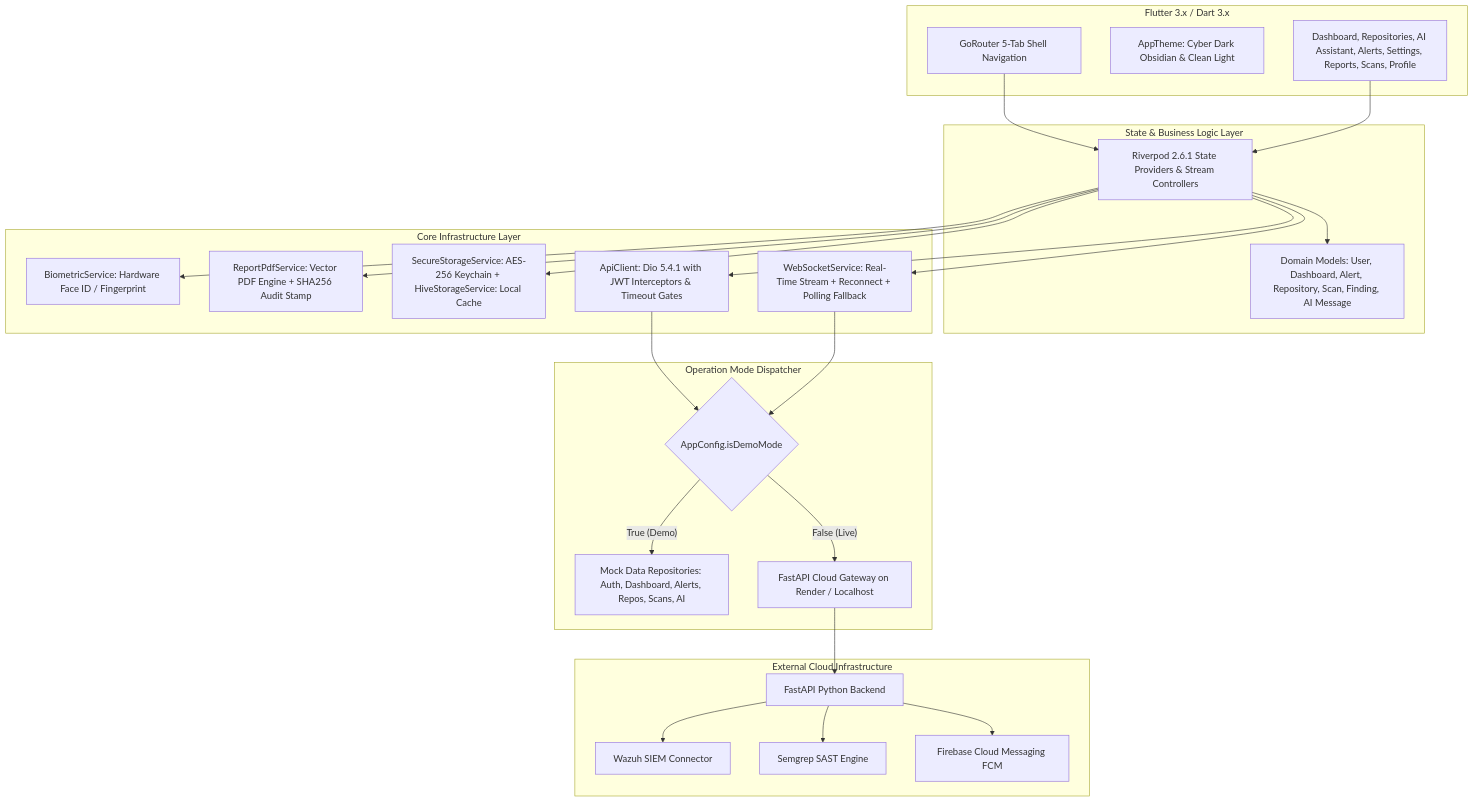
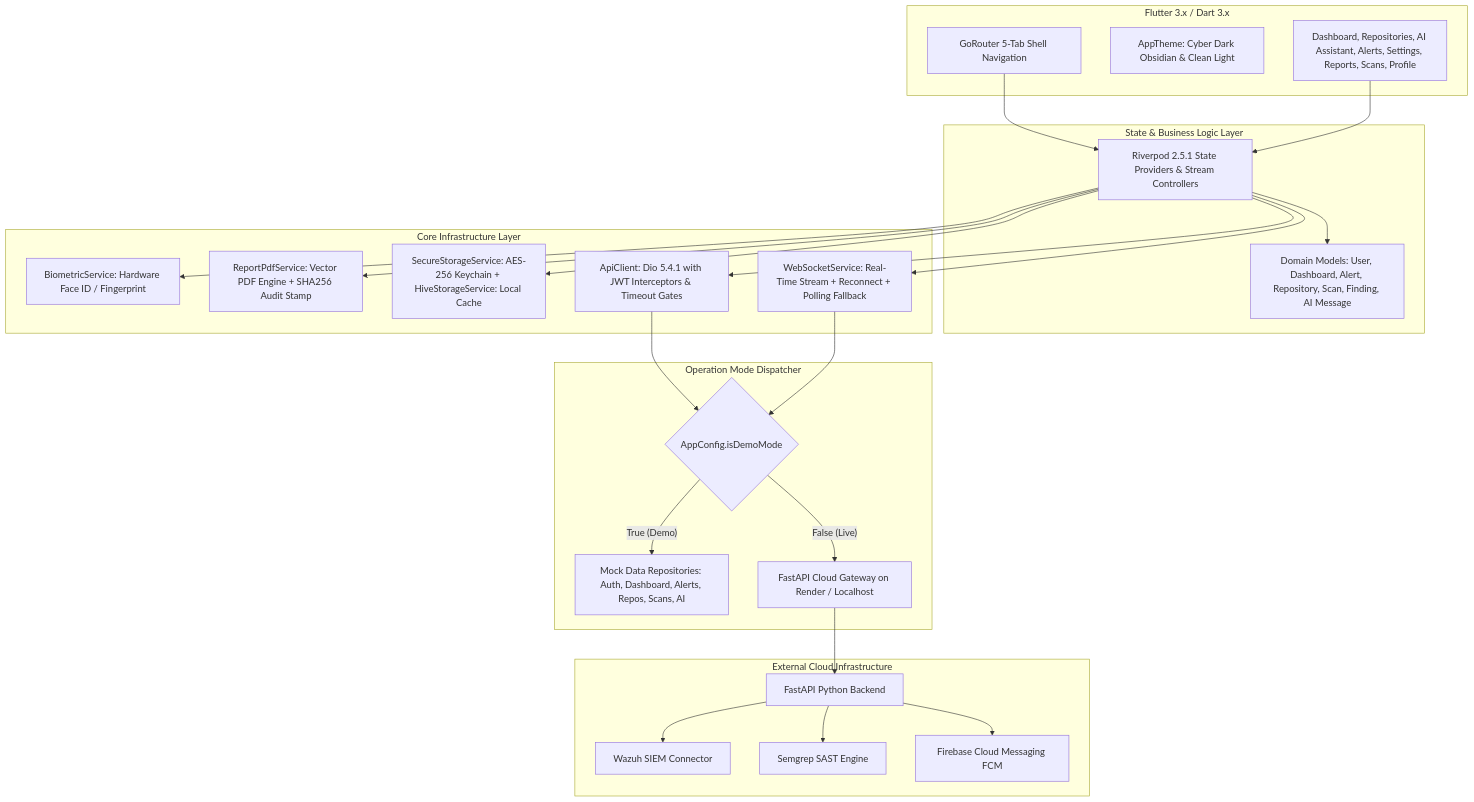
One commit to NATTOMR/secureguard-mobile changed the diagram in docs/DOCUMENTATION_STATUS.md. Above: the diagram before and after it, drawn with Mermaid. The commit also changed other lines of this file and 11 other files, not shown here.

````diff
--- a/docs/DOCUMENTATION_STATUS.md
+++ b/docs/DOCUMENTATION_STATUS.md
@@ -26,45 +26,45 @@
 ```mermaid
 graph TD
     subgraph Mobile Presentation Layer [Flutter 3.x / Dart 3.x]
         Shell[GoRouter 5-Tab Shell Navigation]
         Theme[AppTheme: Cyber Dark Obsidian & Clean Light]
         Screens[Dashboard, Repositories, AI Assistant, Alerts, Settings, Reports, Scans, Profile]
     end
 
     subgraph State & Business Logic Layer
-        Riverpod[Riverpod 2.6.1 State Providers & Stream Controllers]
+        Riverpod[Riverpod 2.5.1 State Providers & Stream Controllers]
         Domain[Domain Models: User, Dashboard, Alert, Repository, Scan, Finding, AI Message]
     end
 
     subgraph Core Infrastructure Layer
         Bio[BiometricService: Hardware Face ID / Fingerprint]
         PDF[ReportPdfService: Vector PDF Engine + SHA256 Audit Stamp]
         Storage[SecureStorageService: AES-256 Keychain + HiveStorageService: Local Cache]
         NetClient[ApiClient: Dio 5.4.1 with JWT Interceptors & Timeout Gates]
         WS[WebSocketService: Real-Time Stream + Reconnect + Polling Fallback]
     end
 
     subgraph Operation Mode Dispatcher
         ModeCheck{AppConfig.isDemoMode}
         MockLayer[Mock Data Repositories: Auth, Dashboard, Alerts, Repos, Scans, AI]
         LiveGateway[FastAPI Cloud Gateway on Render / Localhost]
     end
 
     subgraph External Backend Services [External Cloud Infrastructure]
         FastAPIEngine[FastAPI Python Backend]
         WazuhEngine[Wazuh SIEM Connector]
         SemgrepEngine[Semgrep SAST Engine]
         FirebaseEngine[Firebase Cloud Messaging FCM]
     end
 
     Shell --> Riverpod
     Screens --> Riverpod
     Riverpod --> Domain
     Riverpod --> Bio & PDF & Storage
     Riverpod --> NetClient & WS
     NetClient & WS --> ModeCheck
     ModeCheck -- True (Demo) --> MockLayer
     ModeCheck -- False (Live) --> LiveGateway
     LiveGateway --> FastAPIEngine
     FastAPIEngine --> WazuhEngine & SemgrepEngine & FirebaseEngine
 ```
````
